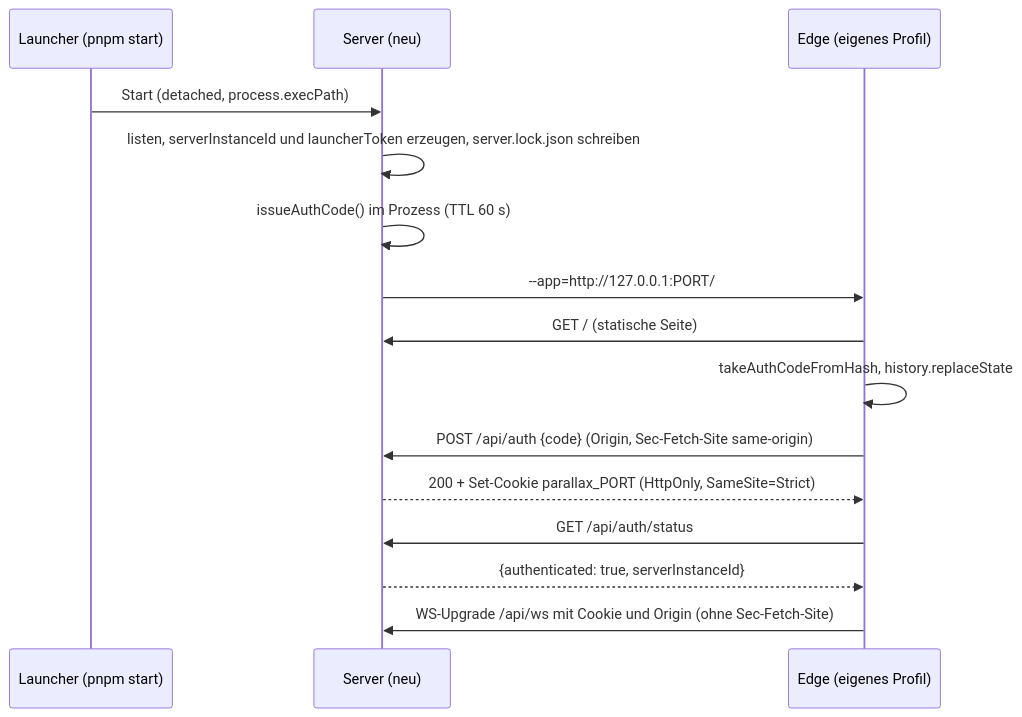
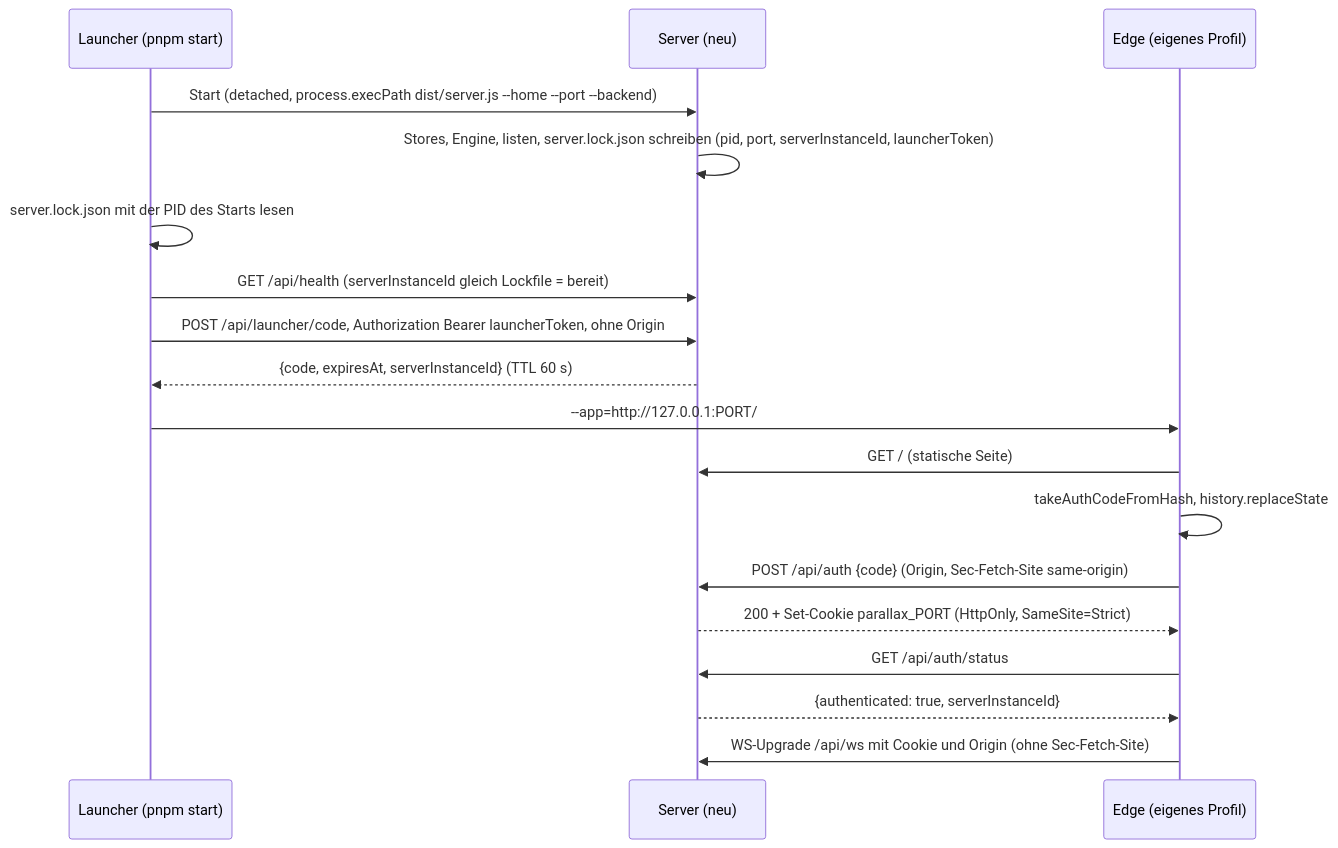
The ninth of 10 diagrams in docs/architecture.md (DerXHelp/parallax), drawn with Mermaid before and after one commit. The commit also changed other lines of this file and 13 other files, not shown here.

````diff
--- a/docs/architecture.md
+++ b/docs/architecture.md
@@ -639,17 +682,20 @@
 ```mermaid
 sequenceDiagram
   participant L as Launcher (pnpm start)
   participant S as Server (neu)
   participant E as Edge (eigenes Profil)
-  L->>S: Start (detached, process.execPath)
-  S->>S: listen, serverInstanceId und launcherToken erzeugen, server.lock.json schreiben
-  S->>S: issueAuthCode() im Prozess (TTL 60 s)
-  S->>E: --app=http://127.0.0.1:PORT/#code=CODE
+  L->>S: Start (detached, process.execPath dist/server.js --home --port --backend)
+  S->>S: Stores, Engine, listen, server.lock.json schreiben (pid, port, serverInstanceId, launcherToken)
+  L->>L: server.lock.json mit der PID des Starts lesen
+  L->>S: GET /api/health (serverInstanceId gleich Lockfile = bereit)
+  L->>S: POST /api/launcher/code, Authorization Bearer launcherToken, ohne Origin
+  S-->>L: {code, expiresAt, serverInstanceId} (TTL 60 s)
+  L->>E: --app=http://127.0.0.1:PORT/#code=CODE
   E->>S: GET / (statische Seite)
   E->>E: takeAuthCodeFromHash, history.replaceState
   E->>S: POST /api/auth {code} (Origin, Sec-Fetch-Site same-origin)
   S-->>E: 200 + Set-Cookie parallax_PORT (HttpOnly, SameSite=Strict)
   E->>S: GET /api/auth/status
   S-->>E: {authenticated: true, serverInstanceId}
   E->>S: WS-Upgrade /api/ws mit Cookie und Origin (ohne Sec-Fetch-Site)
 ```
````
